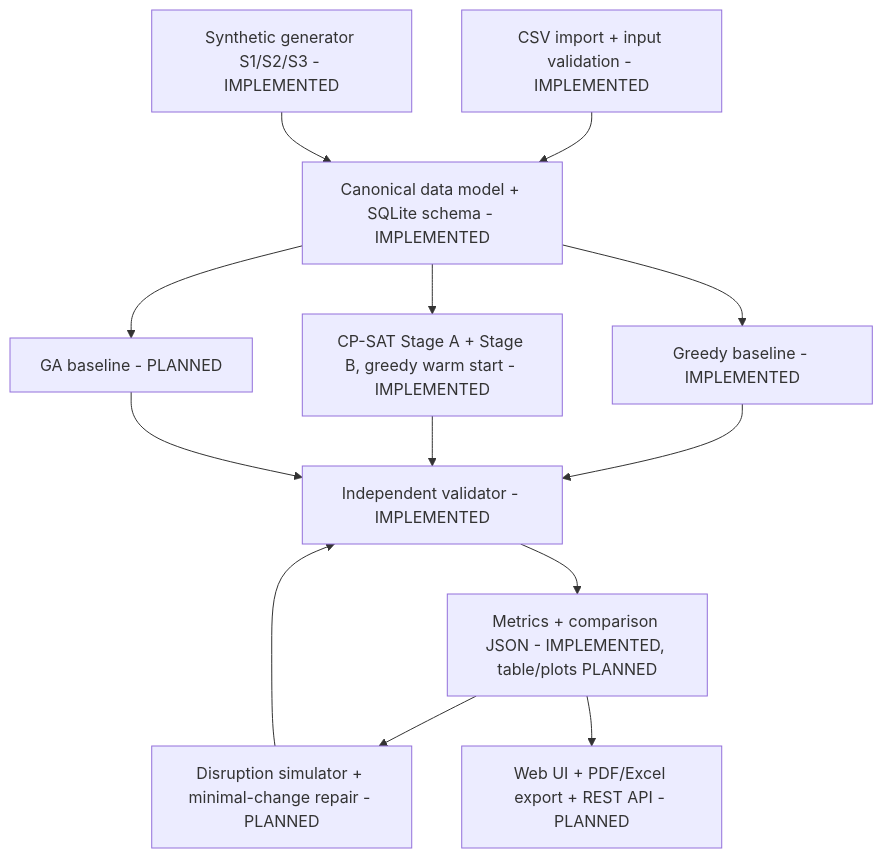
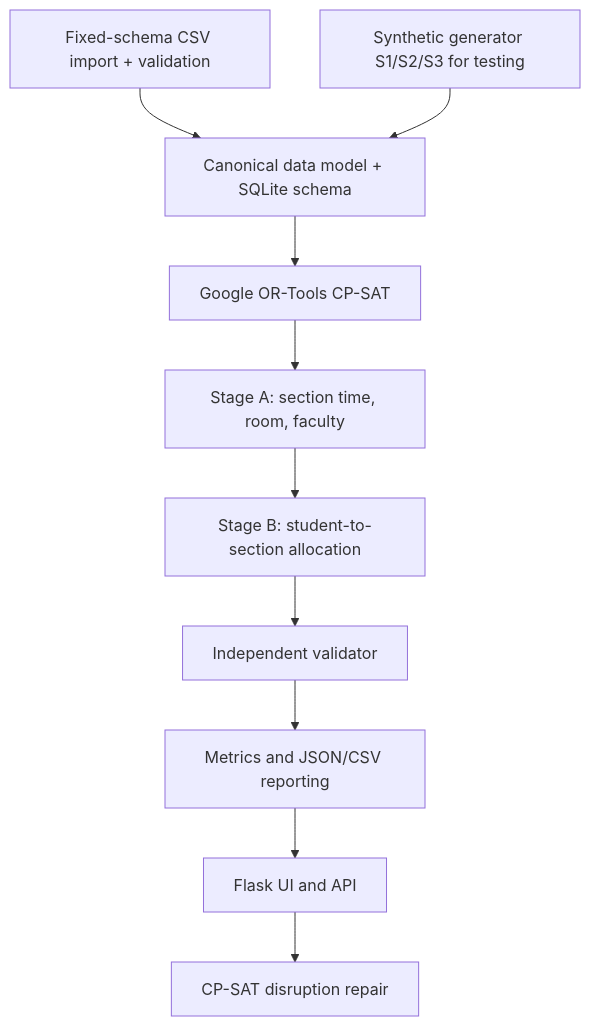
One commit to MaryamManzoor31/NEXUS changed the first of 2 diagrams in docs/architecture.md. Above: the diagram before and after it, drawn with Mermaid. The commit also changed other lines of this file and 18 other files, not shown here.

````diff
--- a/docs/architecture.md
+++ b/docs/architecture.md
@@ -2,15 +2,12 @@
 ```mermaid
 flowchart TD
-    A[CSV import + input validation - IMPLEMENTED] --> B[Canonical data model + SQLite schema - IMPLEMENTED]
-    G[Synthetic generator S1/S2/S3 - IMPLEMENTED] --> B
-    B --> E1[Greedy baseline - IMPLEMENTED]
-    B --> E3[CP-SAT Stage A + Stage B, greedy warm start - IMPLEMENTED]
-    B --> E2[GA baseline - PLANNED]
-    E1 --> F[Independent validator - IMPLEMENTED]
-    E3 --> F
-    E2 --> F
-    F --> M[Metrics + comparison JSON - IMPLEMENTED, table/plots PLANNED]
-    M --> J[Disruption simulator + minimal-change repair - PLANNED]
-    J --> F
-    M --> H[Web UI + PDF/Excel export + REST API - PLANNED]
+    A[Fixed-schema CSV import + validation] --> B[Canonical data model + SQLite schema]
+    G[Synthetic generator S1/S2/S3 for testing] --> B
+    B --> E[Google OR-Tools CP-SAT]
+    E --> EA[Stage A: section time, room, faculty]
+    EA --> EB[Stage B: student-to-section allocation]
+    EB --> F[Independent validator]
+    F --> M[Metrics and JSON/CSV reporting]
+    M --> H[Flask UI and API]
+    H --> J[CP-SAT disruption repair]
 ```
````
